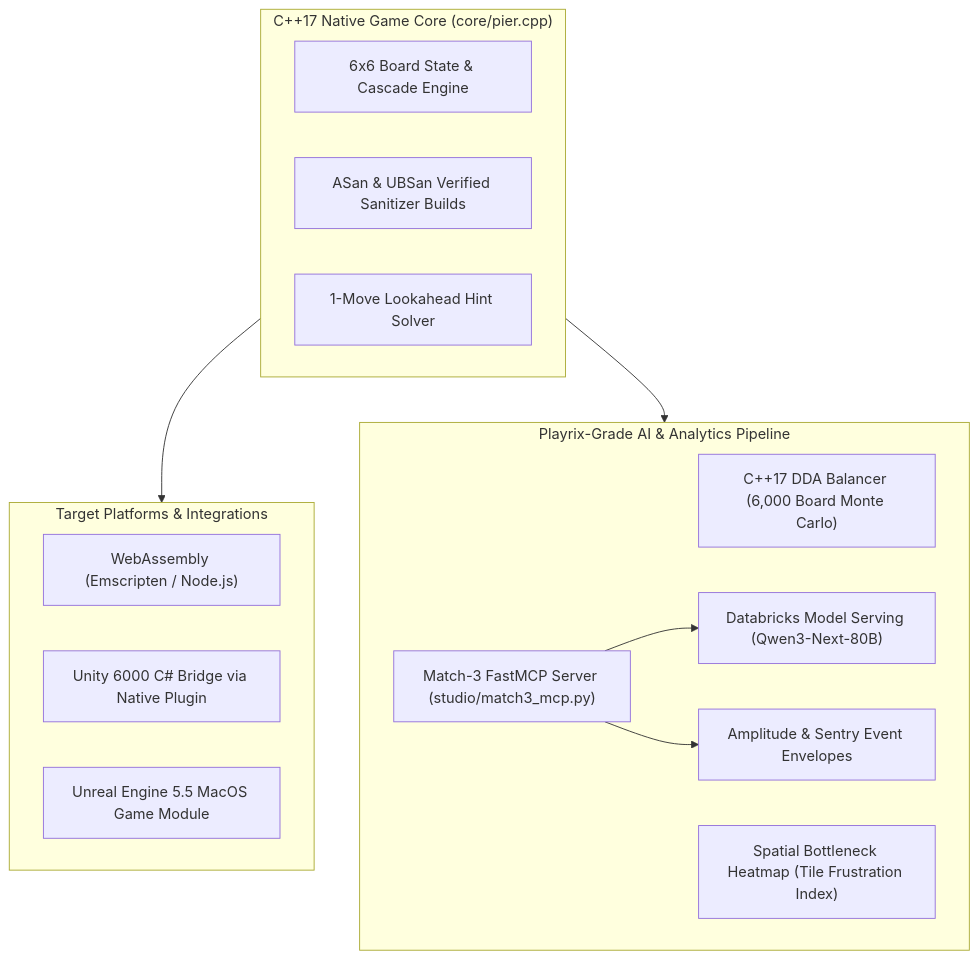
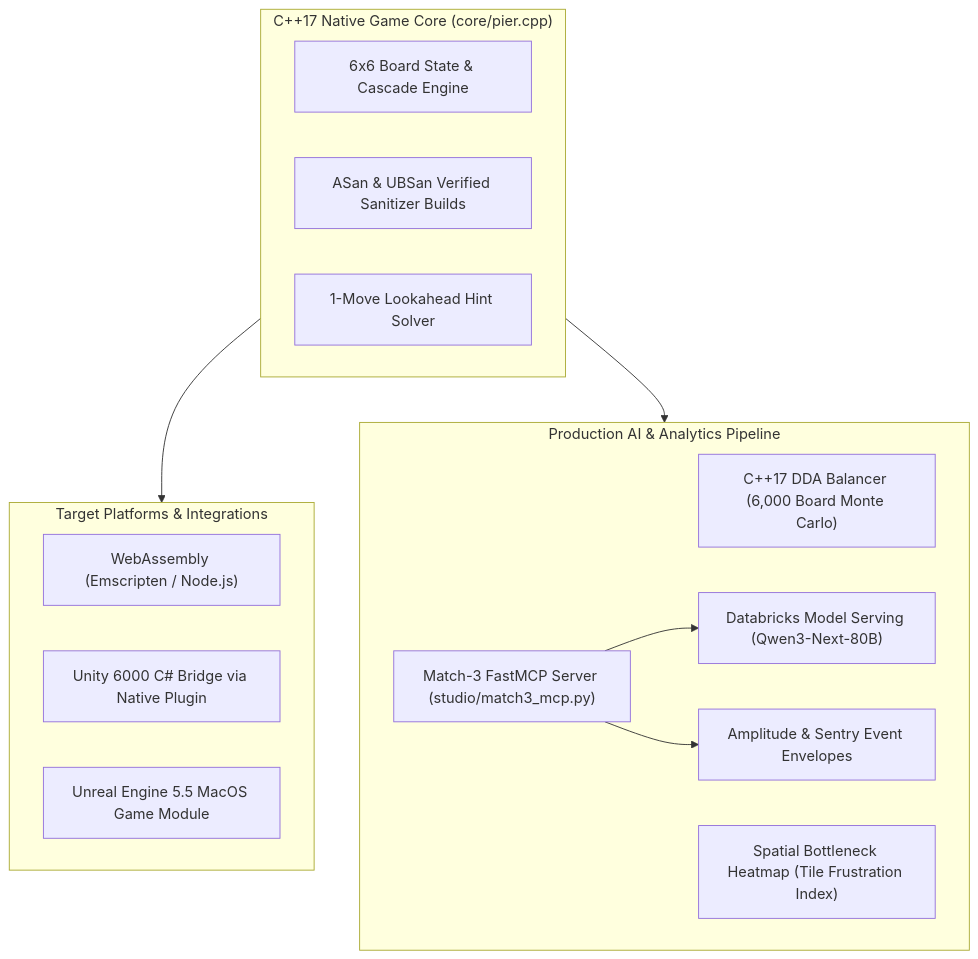
Before and after one commit to GlebAvershin/mosaic-pier: the diagram in README.md, drawn with Mermaid. The commit also changed other lines of this file and 3 other files, not shown here.

````diff
--- a/README.md
+++ b/README.md
@@ -43,27 +43,27 @@
 ```mermaid
 flowchart TD
     subgraph CoreEngine["C++17 Native Game Core (core/pier.cpp)"]
         Board["6x6 Board State & Cascade Engine"]
         ASan["ASan & UBSan Verified Sanitizer Builds"]
         Lookahead["1-Move Lookahead Hint Solver"]
     end
 
     subgraph Targets["Target Platforms & Integrations"]
         Wasm["WebAssembly (Emscripten / Node.js)"]
         Unity["Unity 6000 C# Bridge via Native Plugin"]
         Unreal["Unreal Engine 5.5 MacOS Game Module"]
     end
 
-    subgraph AITooling["Playrix-Grade AI & Analytics Pipeline"]
+    subgraph AITooling["Production AI & Analytics Pipeline"]
         DDA["C++17 DDA Balancer (6,000 Board Monte Carlo)"]
         Heatmap["Spatial Bottleneck Heatmap (Tile Frustration Index)"]
         MCP["Match-3 FastMCP Server (studio/match3_mcp.py)"]
         Databricks["Databricks Model Serving (Qwen3-Next-80B)"]
         Telemetry["Amplitude & Sentry Event Envelopes"]
     end
 
     CoreEngine --> Targets
     CoreEngine --> AITooling
     MCP --> Databricks
     MCP --> Telemetry
 ```
````
